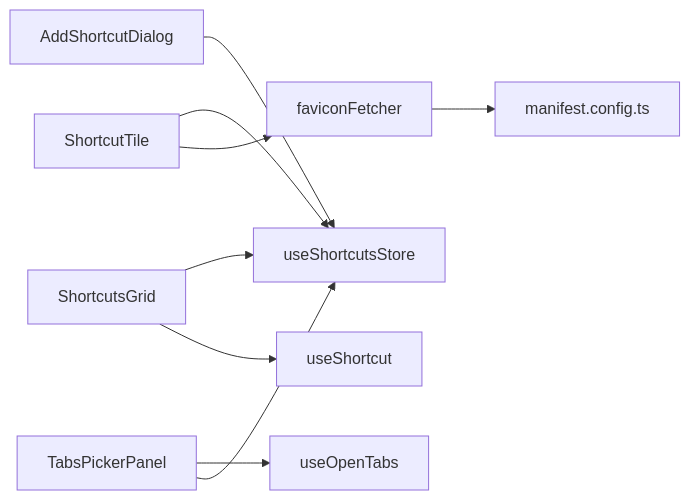
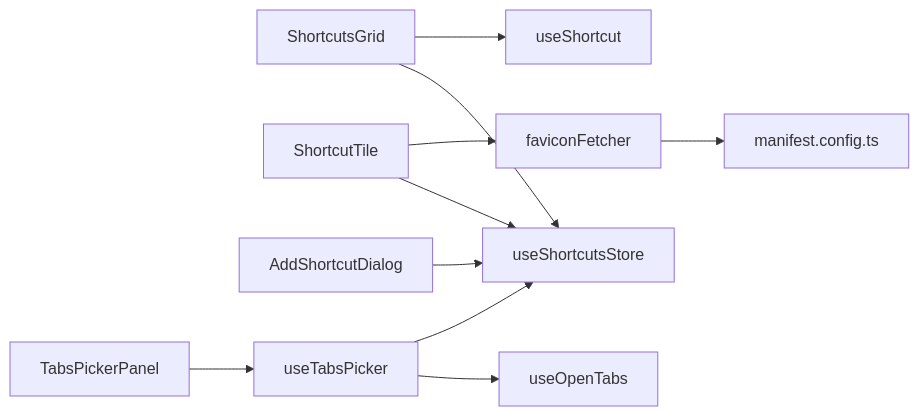
Before and after one commit to Zy0913/xtab: the fifth of 7 diagrams in .qoder/repowiki/zh/content/核心功能模块/快捷方式组件.md, drawn with Mermaid. The commit also changed other lines of this file and 15 other files, not shown here.

````diff
--- a/.qoder/repowiki/zh/content/核心功能模块/快捷方式组件.md
+++ b/.qoder/repowiki/zh/content/核心功能模块/快捷方式组件.md
@@ -358,11 +405,12 @@
 ```mermaid
 graph LR
 SG["ShortcutsGrid"] --> USS["useShortcutsStore"]
 ST["ShortcutTile"] --> USS
 ST --> FF["faviconFetcher"]
 ASD["AddShortcutDialog"] --> USS
-TPP["TabsPickerPanel"] --> UOT["useOpenTabs"]
-TPP --> USS
+TPP["TabsPickerPanel"] --> UTP["useTabsPicker"]
+UTP --> UOT["useOpenTabs"]
+UTP --> USS
 FF --> MAN["manifest.config.ts"]
 SG --> US["useShortcut"]
 ```
````
